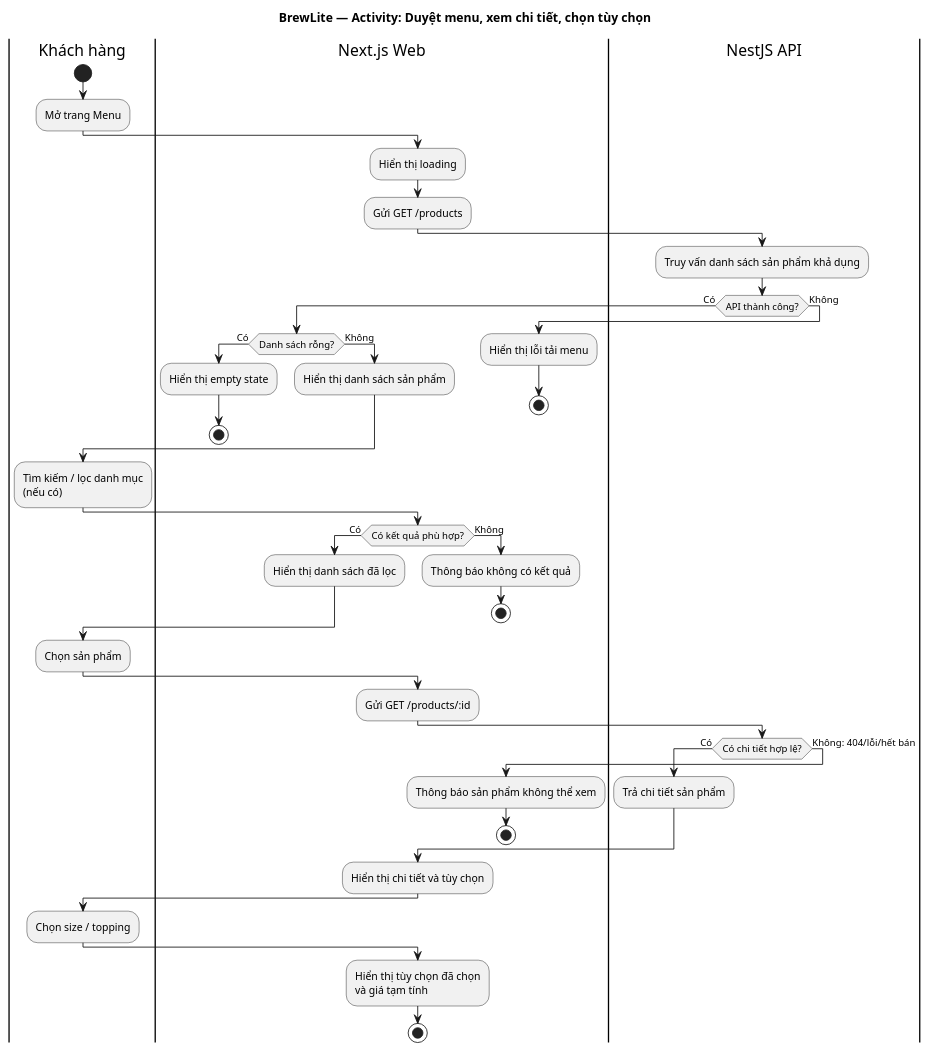
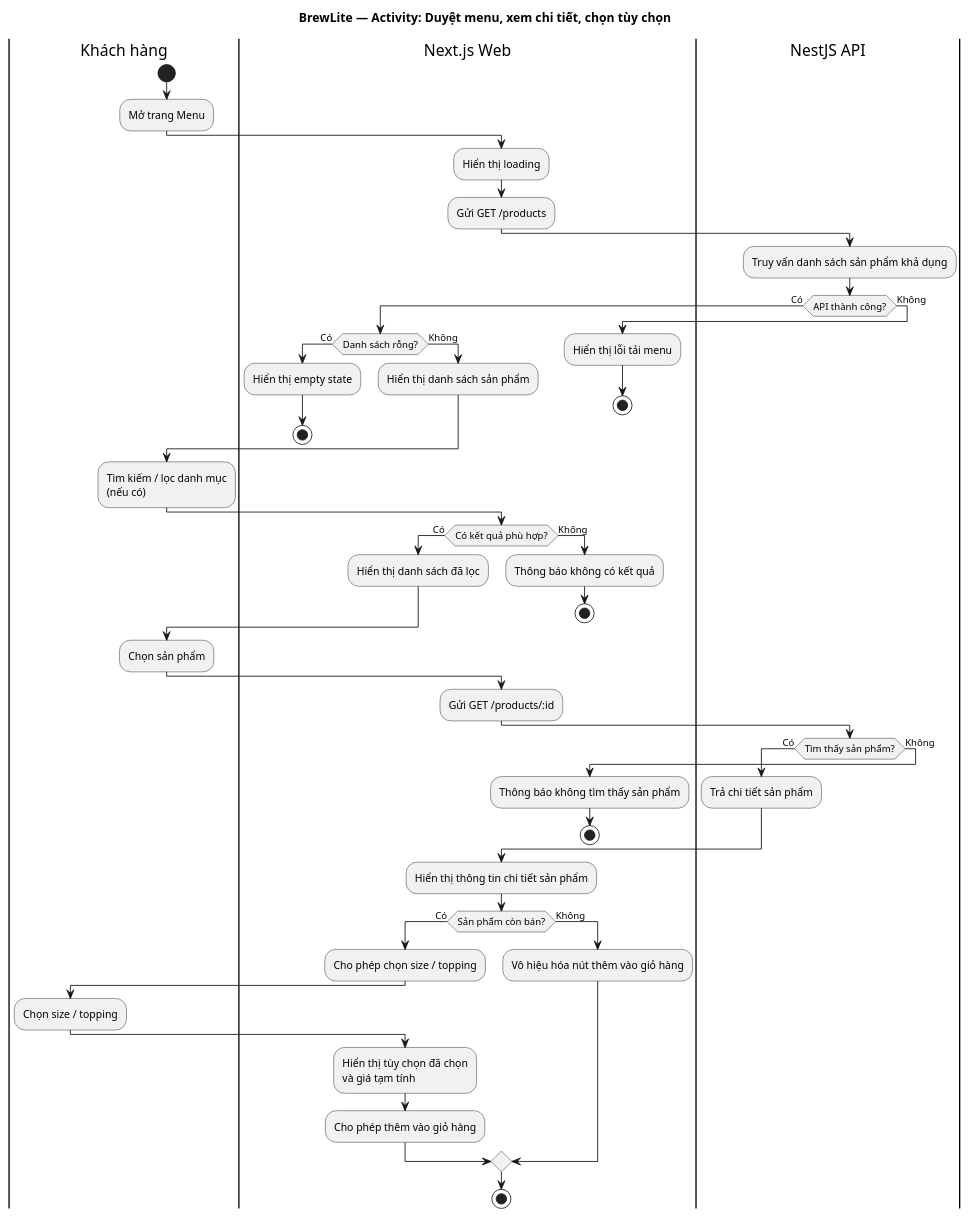
Before and after one commit to ChienPM-27/BrewLite_assignment2: the diagram in docs/diagrams/activity-browse.puml, drawn with PlantUML. The commit also changed 4 other files, not shown here.

Commit message:
docs(sp1-03): sync AC codes, update C4 SVG and activity diagram

```diff
--- a/docs/diagrams/activity-browse.puml
+++ b/docs/diagrams/activity-browse.puml
@@ -1,54 +1,62 @@
 @startuml
 title BrewLite — Activity: Duyệt menu, xem chi tiết, chọn tùy chọn
 skinparam shadowing false
 |Khách hàng|
 start
 :Mở trang Menu;
 |Next.js Web|
 :Hiển thị loading;
 :Gửi GET /products;
 |NestJS API|
 :Truy vấn danh sách sản phẩm khả dụng;
 if (API thành công?) then (Có)
   |Next.js Web|
   if (Danh sách rỗng?) then (Có)
     :Hiển thị empty state;
     stop
   else (Không)
     :Hiển thị danh sách sản phẩm;
   endif
 else (Không)
   |Next.js Web|
   :Hiển thị lỗi tải menu;
   stop
 endif
 |Khách hàng|
 :Tìm kiếm / lọc danh mục\n(nếu có);
 |Next.js Web|
 if (Có kết quả phù hợp?) then (Có)
   :Hiển thị danh sách đã lọc;
 else (Không)
   :Thông báo không có kết quả;
   stop
 endif
 |Khách hàng|
 :Chọn sản phẩm;
 |Next.js Web|
 :Gửi GET /products/:id;
 |NestJS API|
-if (Có chi tiết hợp lệ?) then (Có)
+if (Tìm thấy sản phẩm?) then (Có)
   :Trả chi tiết sản phẩm;
-else (Không: 404/lỗi/hết bán)
+else (Không)
   |Next.js Web|
-  :Thông báo sản phẩm không thể xem;
+  :Thông báo không tìm thấy sản phẩm;
   stop
 endif
+
 |Next.js Web|
-:Hiển thị chi tiết và tùy chọn;
-|Khách hàng|
-:Chọn size / topping;
-|Next.js Web|
-:Hiển thị tùy chọn đã chọn\nvà giá tạm tính;
+:Hiển thị thông tin chi tiết sản phẩm;
+
+if (Sản phẩm còn bán?) then (Có)
+  :Cho phép chọn size / topping;
+  |Khách hàng|
+  :Chọn size / topping;
+  |Next.js Web|
+  :Hiển thị tùy chọn đã chọn\nvà giá tạm tính;
+  :Cho phép thêm vào giỏ hàng;
+else (Không)
+  :Vô hiệu hóa nút thêm vào giỏ hàng;
+endif
 
 stop
 @enduml
```
